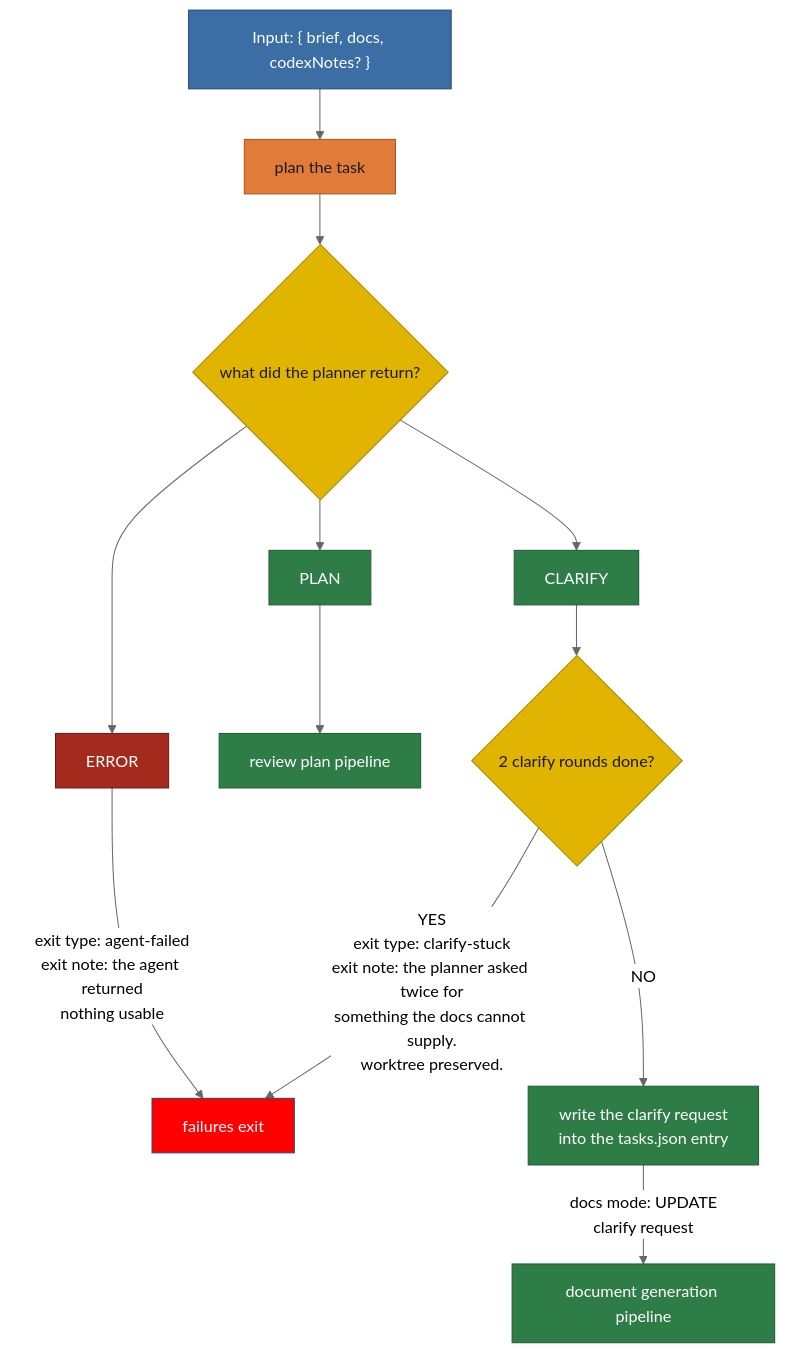
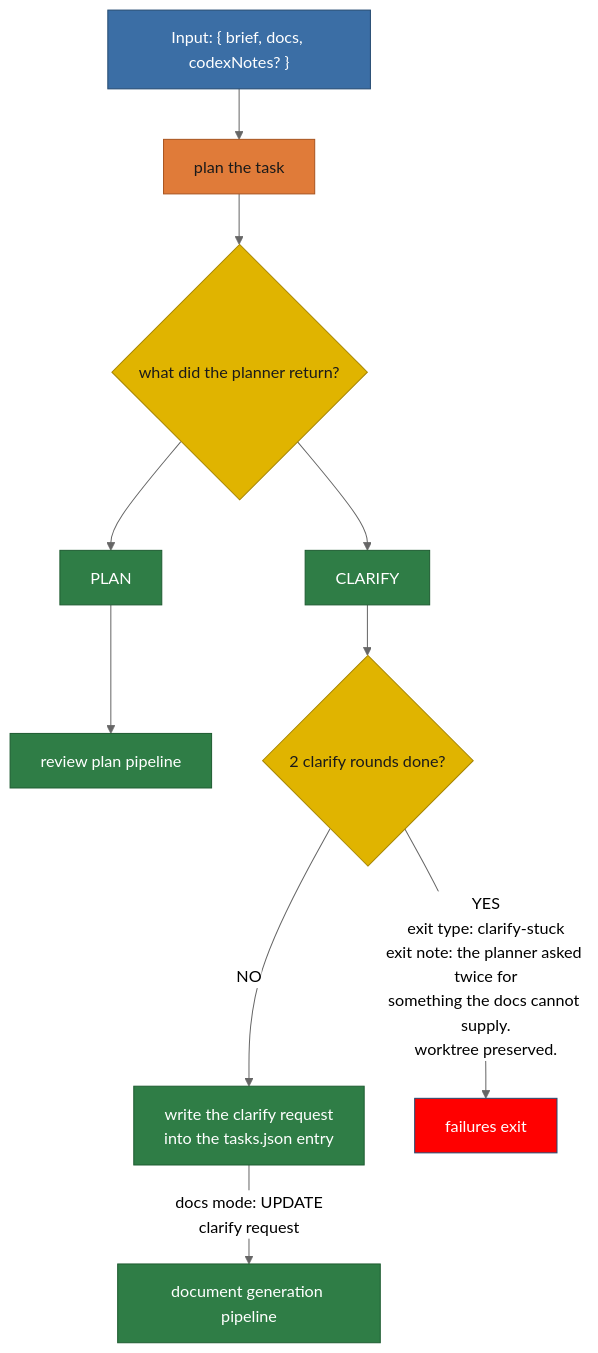
Before and after one commit to matkatmusic/taskTools: the diagram in plans/diagram/pipeline-plan.mmd, drawn with Mermaid (neutral theme). The commit also changed 404 other files, not shown here.

```diff
--- a/plans/diagram/pipeline-plan.mmd
+++ b/plans/diagram/pipeline-plan.mmd
@@ -1,56 +1,52 @@
 flowchart TB
 %% PLAN PIPELINE. Split from pipeline-planning.mmd.
 %% ---
 %% Input: a task entry and the auto generated docs.
 %% ---
 %% One job: turn the tasks.json entry into a plan file.
 %% ---
 %% CLARIFY is capped at 2 rounds, counted within this run only.
 %% ---
 %% The clarify request is written into the tasks.json entry first.
 %% ---
 %% Without it, document generation cannot know what to rebuild.
 %% ---
 %% A script that fails operationally exits the run as run-failed.
 %% ---
 %% Exit types this pipeline can produce:
 %% ---
-%% agent-failed - an agent returned nothing usable
-%% ---
 %% clarify-stuck - the planner asked twice for what the docs cannot supply
 
   DOCS_INPUT["Input: { brief, docs, codexNotes? }"] --> PLAN_THE_TASK
   PLAN_THE_TASK["plan the task"] --> WHAT_DID_THE_PLANNER_RETURN{"what did the planner return?"}
   WHAT_DID_THE_PLANNER_RETURN --> PLANNER_RETURNED_PLAN["PLAN"]
   WHAT_DID_THE_PLANNER_RETURN --> PLANNER_RETURNED_CLARIFY["CLARIFY"]
-  WHAT_DID_THE_PLANNER_RETURN --> PLANNER_RETURNED_ERROR["ERROR"]
 
   PLANNER_RETURNED_PLAN --> REVIEW_PLAN_PIPELINE["review plan pipeline"]
-  PLANNER_RETURNED_ERROR -- "exit type: agent-failed<br/>exit note: the agent returned<br/>nothing usable" --> EXIT_WORKFLOW_PLAN
 
   PLANNER_RETURNED_CLARIFY --> ARE_2_CLARIFY_ROUNDS_DONE{"2 clarify rounds done?"}
   ARE_2_CLARIFY_ROUNDS_DONE -->|NO| WRITE_CLARIFY_REQUEST["write the clarify request<br/>into the tasks.json entry"]
   ARE_2_CLARIFY_ROUNDS_DONE -- "YES<br/>exit type: clarify-stuck<br/>exit note: the planner asked twice for<br/>something the docs cannot supply.<br/>worktree preserved." --> EXIT_WORKFLOW_PLAN
   WRITE_CLARIFY_REQUEST -- "docs mode: UPDATE<br/>clarify request" --> DOCUMENT_GENERATION_PIPELINE["document generation pipeline"]
 
   EXIT_WORKFLOW_PLAN["failures exit"]
 
   %% Green heads for the next pipeline.
   %% ---
   %% Red ends in an exit.
   classDef pipeline fill:#2f7d46,stroke:#1e5c31,color:#ffffff
   classDef script fill:#2f7d46,stroke:#1e5c31,color:#ffffff
   classDef agent fill:#e07b39,stroke:#a8541f,color:#1a1a1a
   classDef decision fill:#e0b400,stroke:#a88600,color:#1a1a1a
   classDef output fill:#3b6ea5,stroke:#254a70,color:#ffffff
   classDef fail fill:red,stroke:#254a70,color:#ffffff
   classDef pass fill:#2f7d46,stroke:#1e5c31,color:#ffffff
   classDef nopass fill:#a52a1e,stroke:#6d1a12,color:#ffffff
+  classDef returns_a_prompt fill:#e07b39,stroke:#a8541f,color:#1a1a1a
   class WHAT_DID_THE_PLANNER_RETURN,ARE_2_CLARIFY_ROUNDS_DONE decision
-  class PLAN_THE_TASK agent
+  class PLAN_THE_TASK returns_a_prompt
   class WRITE_CLARIFY_REQUEST script
   class REVIEW_PLAN_PIPELINE,DOCUMENT_GENERATION_PIPELINE pipeline
   class PLANNER_RETURNED_PLAN,PLANNER_RETURNED_CLARIFY pass
-  class PLANNER_RETURNED_ERROR nopass
   class EXIT_WORKFLOW_PLAN fail
   class DOCS_INPUT output
```
